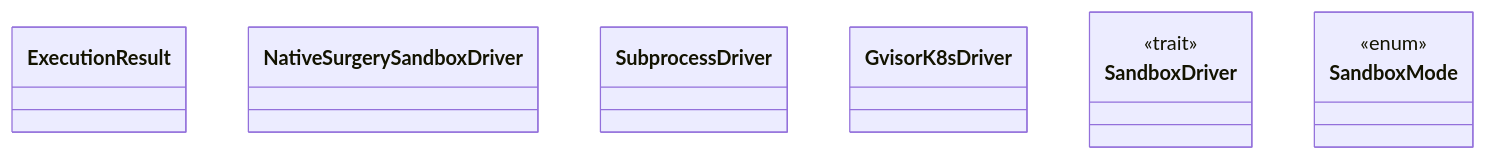
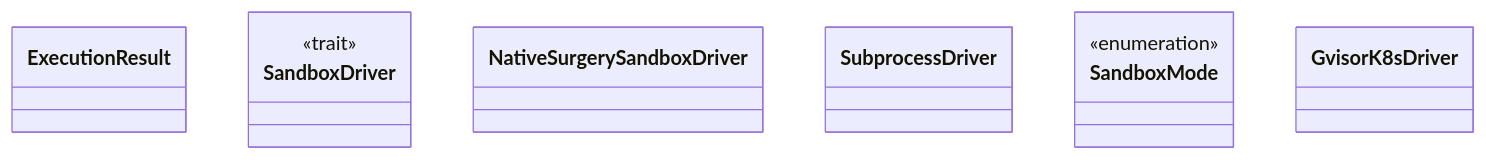
The first of 2 diagrams in wiki/crates_factory-mcp-server_src_sandbox.md (lgcorzo/rust_CACD_autonomous_factory), drawn with Mermaid before and after one commit. The commit also changed other lines of this file and 58 other files, not shown here.

````diff
--- a/wiki/crates_factory-mcp-server_src_sandbox.md
+++ b/wiki/crates_factory-mcp-server_src_sandbox.md
@@ -16,13 +16,13 @@
 ```mermaid
 classDiagram
     class ExecutionResult
-    class NativeSurgerySandboxDriver
-    class SubprocessDriver
-    class GvisorK8sDriver
     class SandboxDriver {
         <<trait>>
     }
+    class NativeSurgerySandboxDriver
+    class SubprocessDriver
     class SandboxMode {
-        <<enum>>
+        <<enumeration>>
     }
+    class GvisorK8sDriver
 ```
````
